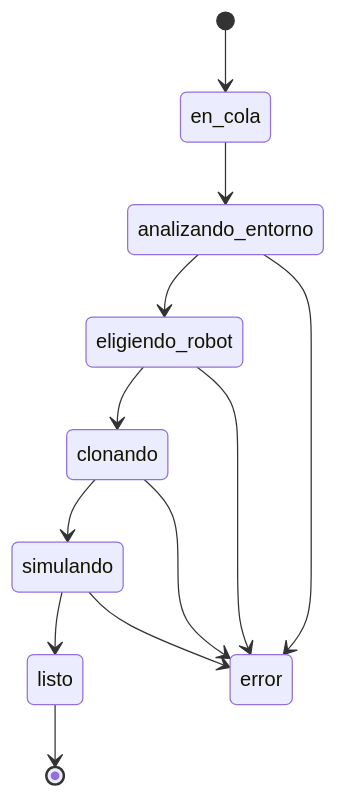
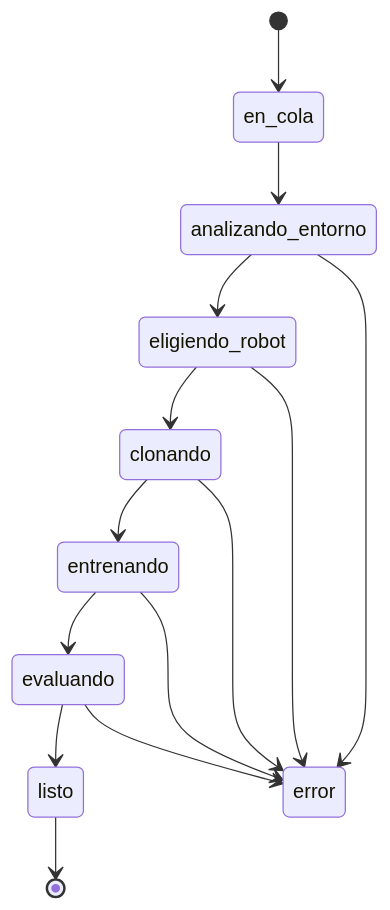
The fourth of 4 diagrams in docs/arquitectura.md (platanus-hack/platanus-hack-26-cl-team-4), drawn with Mermaid before and after one commit. The commit also changed other lines of this file and 4 other files, not shown here.

````diff
--- a/docs/arquitectura.md
+++ b/docs/arquitectura.md
@@ -124,14 +152,16 @@
 ```mermaid
 stateDiagram-v2
   [*] --> en_cola
   en_cola --> analizando_entorno
   analizando_entorno --> eligiendo_robot
   eligiendo_robot --> clonando
-  clonando --> simulando
-  simulando --> listo
+  clonando --> entrenando
+  entrenando --> evaluando
+  evaluando --> listo
   analizando_entorno --> error
   eligiendo_robot --> error
   clonando --> error
-  simulando --> error
+  entrenando --> error
+  evaluando --> error
   listo --> [*]
 ```
````
